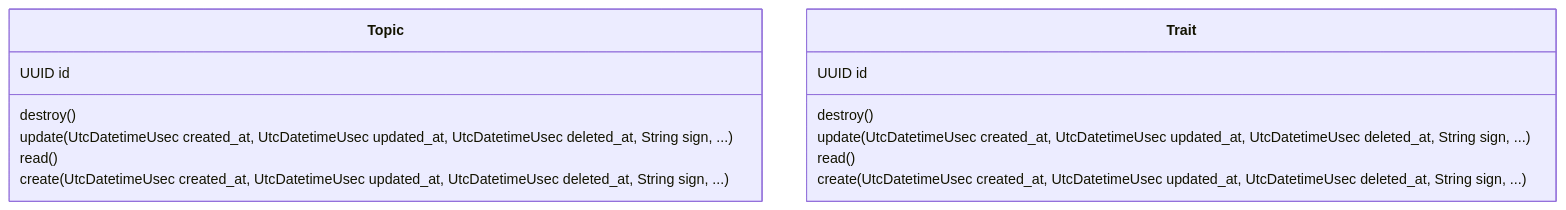
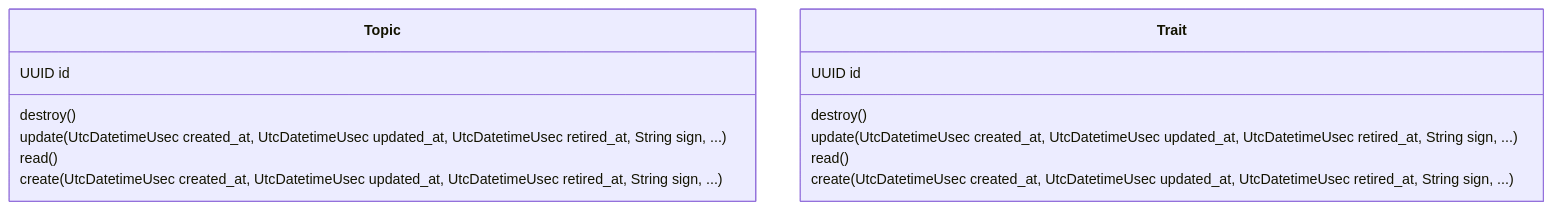
The diagram in lib/navatrack/works-mermaid-class-diagram.mmd (joelparkerhenderson/navatrack), drawn with Mermaid before and after one commit. The commit also changed 171 other files, not shown here.

```diff
--- a/lib/navatrack/works-mermaid-class-diagram.mmd
+++ b/lib/navatrack/works-mermaid-class-diagram.mmd
@@ -1,15 +1,15 @@
 classDiagram
     class Topic {
         UUID id
         destroy()
-        update(UtcDatetimeUsec created_at, UtcDatetimeUsec updated_at, UtcDatetimeUsec deleted_at, String sign, ...)
+        update(UtcDatetimeUsec created_at, UtcDatetimeUsec updated_at, UtcDatetimeUsec retired_at, String sign, ...)
         read()
-        create(UtcDatetimeUsec created_at, UtcDatetimeUsec updated_at, UtcDatetimeUsec deleted_at, String sign, ...)
+        create(UtcDatetimeUsec created_at, UtcDatetimeUsec updated_at, UtcDatetimeUsec retired_at, String sign, ...)
     }
     class Trait {
         UUID id
         destroy()
-        update(UtcDatetimeUsec created_at, UtcDatetimeUsec updated_at, UtcDatetimeUsec deleted_at, String sign, ...)
+        update(UtcDatetimeUsec created_at, UtcDatetimeUsec updated_at, UtcDatetimeUsec retired_at, String sign, ...)
         read()
-        create(UtcDatetimeUsec created_at, UtcDatetimeUsec updated_at, UtcDatetimeUsec deleted_at, String sign, ...)
+        create(UtcDatetimeUsec created_at, UtcDatetimeUsec updated_at, UtcDatetimeUsec retired_at, String sign, ...)
     }
```
